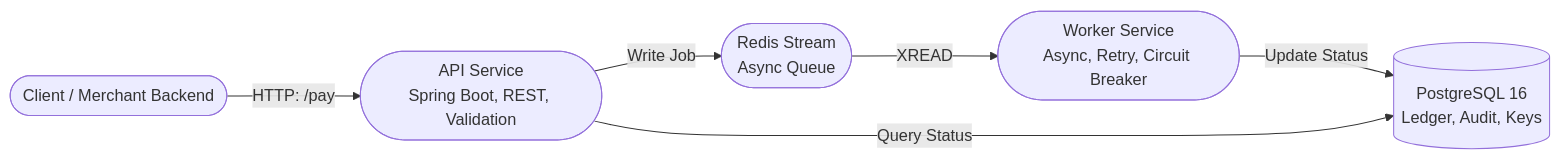
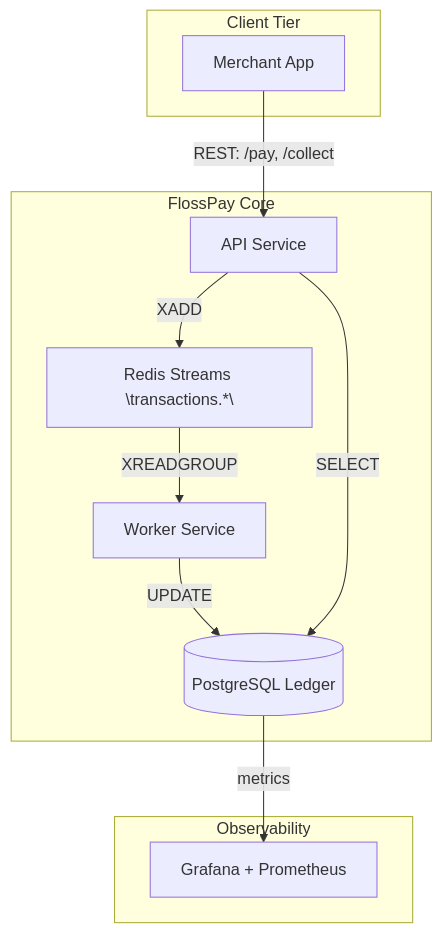
One commit to gracemann365/FlossPay changed the diagram in README.md. Above: the diagram before and after it, drawn with Mermaid. The commit also changed other lines of this file, not shown here.

````diff
--- a/README.md
+++ b/README.md
@@ -41,14 +66,22 @@
 ```mermaid
-flowchart LR
-    Client([Client / Merchant Backend])
-    API([API Service<br/>Spring Boot, REST, Validation])
-    REDIS([Redis Stream<br/>Async Queue])
-    Worker([Worker Service<br/>Async, Retry, Circuit Breaker])
-    DB[(PostgreSQL 16<br/>Ledger, Audit, Keys)]
+flowchart TD
+  subgraph Client Tier
+    Merchant["Merchant App"]
+  end
+  subgraph FlossPay Core
+    API["API Service"]
+    Worker["Worker Service"]
+    Stream["Redis Streams \"transactions.*\""]
+    DB[("PostgreSQL Ledger")]
+  end
+  subgraph Observability
+    Grafana["Grafana + Prometheus"]
+  end
 
-    Client-->|HTTP: /pay|API
-    API-->|Write Job|REDIS
-    REDIS-->|XREAD|Worker
-    Worker-->|Update Status|DB
-    API-->|Query Status|DB
+  Merchant -->|REST: /pay, /collect| API
+  API -->|XADD| Stream
+  Stream -->|XREADGROUP| Worker
+  Worker -->|UPDATE| DB
+  API -->|SELECT| DB
+  DB -->|metrics| Grafana
 ```
````
